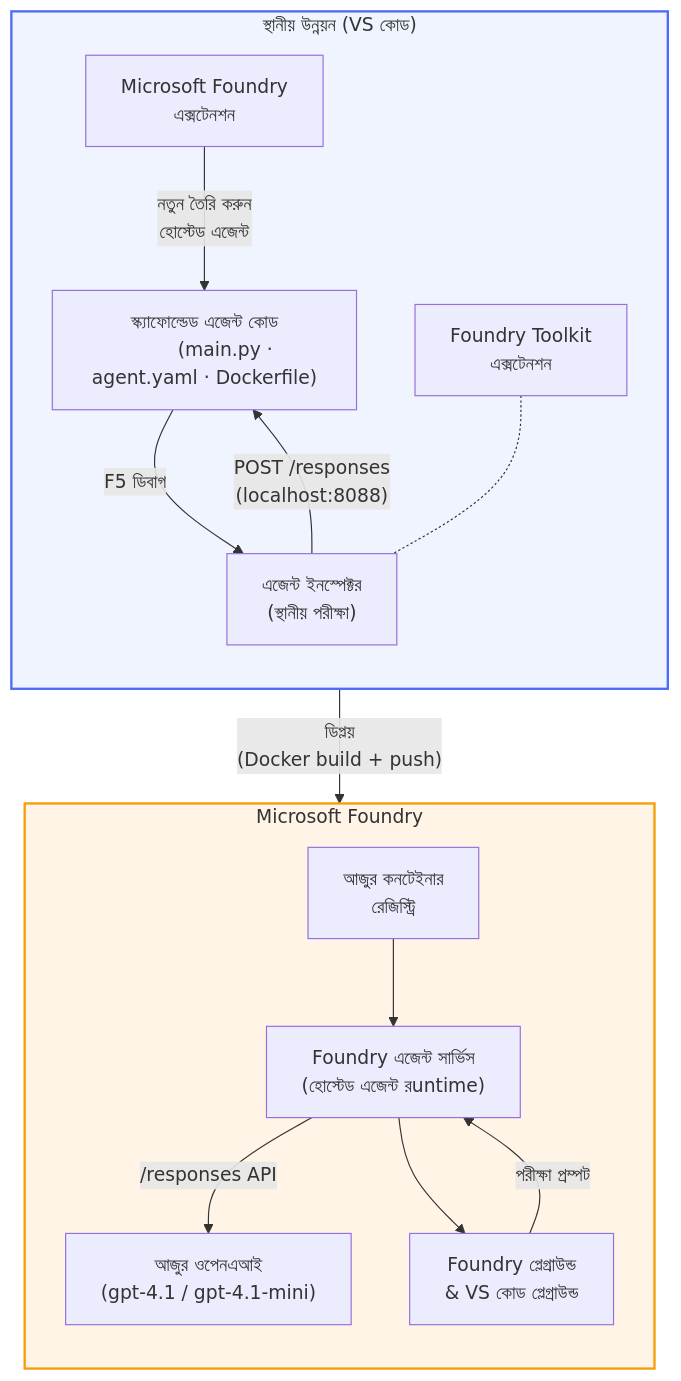
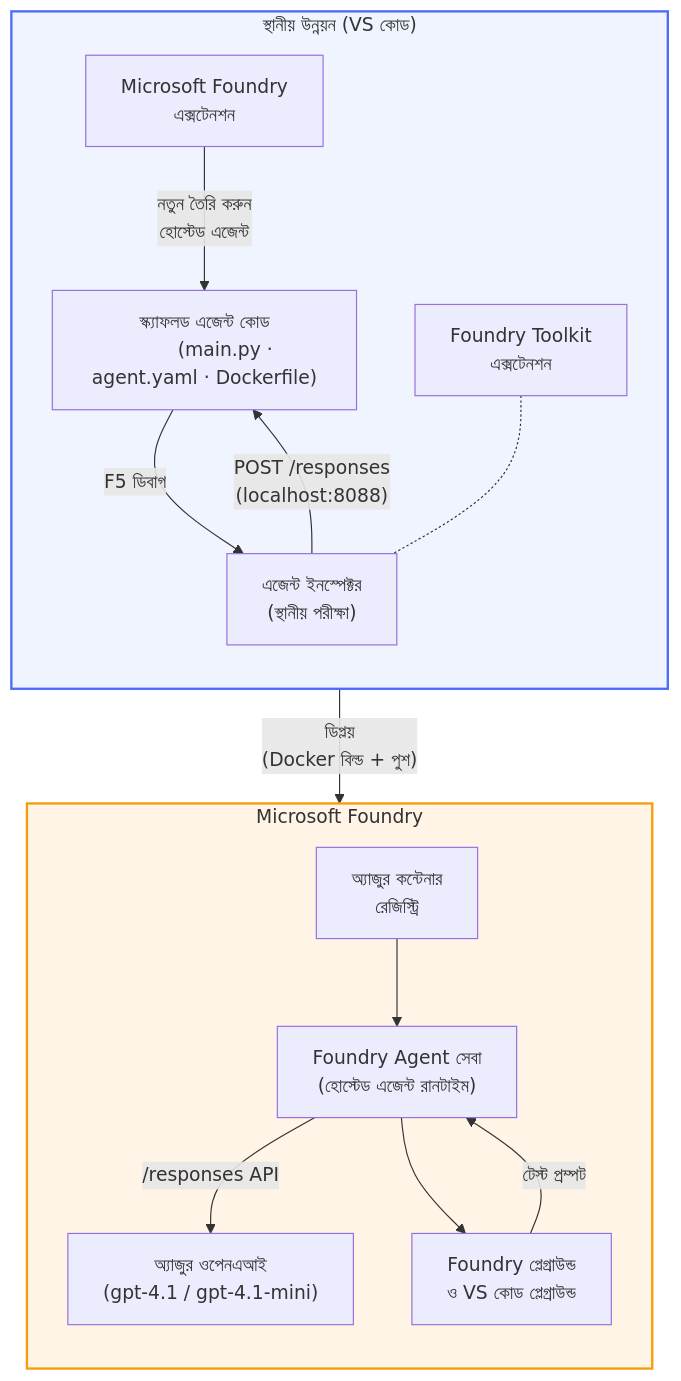
Before and after one commit to microsoft-foundry/Foundry_Toolkit_for_VSCode_Lab: the diagram in translations/bn/README.md, drawn with Mermaid. The commit also changed other lines of this file and 110 other files, not shown here.

````diff
--- a/translations/bn/README.md
+++ b/translations/bn/README.md
@@ -48,42 +52,42 @@
 ```mermaid
 flowchart TB
     subgraph Local["স্থানীয় উন্নয়ন (VS কোড)"]
         direction TB
         FE["Microsoft Foundry
         এক্সটেনশন"]
         FoundryToolkit["Foundry Toolkit
         এক্সটেনশন"]
-        Scaffold["স্ক্যাফোল্ডেড এজেন্ট কোড
+        Scaffold["স্ক্যাফলড এজেন্ট কোড
         (main.py · agent.yaml · Dockerfile)"]
         Inspector["এজেন্ট ইনস্পেক্টর
         (স্থানীয় পরীক্ষা)"]
         FE -- "নতুন তৈরি করুন
         হোস্টেড এজেন্ট" --> Scaffold
         Scaffold -- "F5 ডিবাগ" --> Inspector
         FoundryToolkit -.- Inspector
     end
 
     subgraph Cloud["Microsoft Foundry"]
         direction TB
-        ACR["আজুর কনটেইনার
+        ACR["অ্যাজুর কন্টেনার
         রেজিস্ট্রি"]
-        AgentService["Foundry এজেন্ট সার্ভিস
-        (হোস্টেড এজেন্ট রuntime)"]
-        Model["আজুর ওপেনএআই
+        AgentService["Foundry Agent সেবা
+        (হোস্টেড এজেন্ট রানটাইম)"]
+        Model["অ্যাজুর ওপেনএআই
         (gpt-4.1 / gpt-4.1-mini)"]
         Playground["Foundry প্লেগ্রাউন্ড
-        & VS কোড প্লেগ্রাউন্ড"]
+        ও VS কোড প্লেগ্রাউন্ড"]
         ACR --> AgentService
         AgentService -- "/responses API" --> Model
         AgentService --> Playground
     end
 
     Scaffold -- "ডিপ্লয়
-    (Docker build + push)" --> ACR
+    (Docker বিল্ড + পুশ)" --> ACR
     Inspector -- "POST /responses
     (localhost:8088)" --> Scaffold
-    Playground -- "পরীক্ষা প্রম্পট" --> AgentService
+    Playground -- "টেস্ট প্রম্পট" --> AgentService
 
     style Local fill:#f0f4ff,stroke:#4a6cf7,stroke-width:2px
     style Cloud fill:#fff4e6,stroke:#f59e0b,stroke-width:2px
 ```
````
